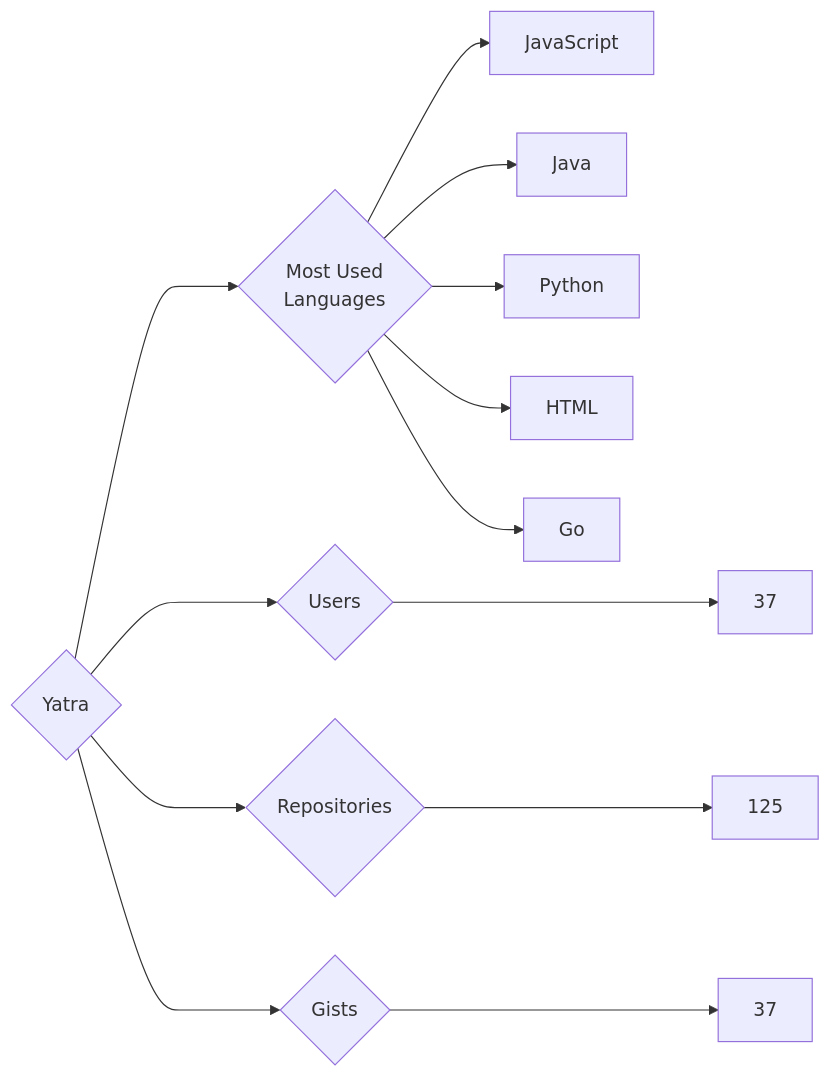
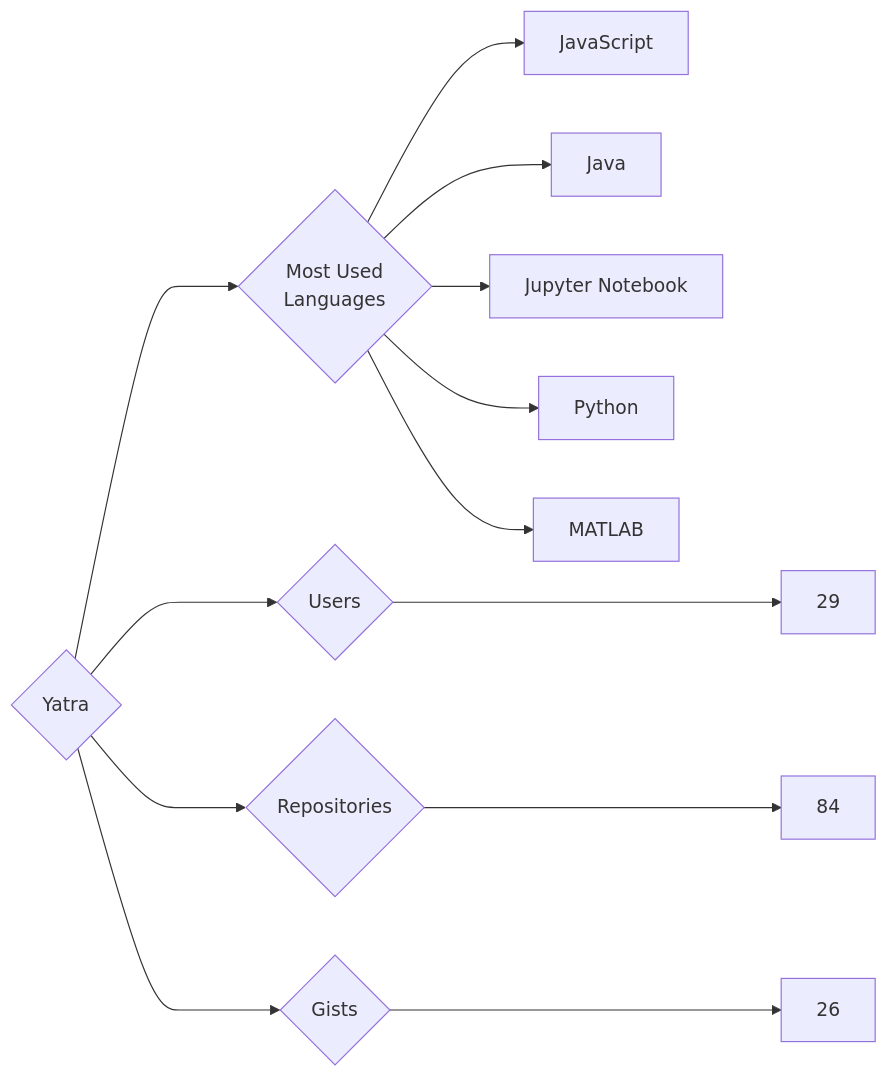
The diagram in targets/Yatra/README.md (trickest/insiders), drawn with Mermaid before and after one commit. The commit also changed 796 other files, not shown here.

````diff
--- a/targets/Yatra/README.md
+++ b/targets/Yatra/README.md
@@ -3,13 +3,13 @@
 ```mermaid
 graph LR
 COMPANY_NAME{Yatra}
-COMPANY_NAME ---> U{Users} ---> UN[37]
-COMPANY_NAME ---> R{Repositories} ---> RN[125]
-COMPANY_NAME ---> G{Gists} ---> GN[37]
+COMPANY_NAME ---> U{Users} ---> UN[29]
+COMPANY_NAME ---> R{Repositories} ---> RN[84]
+COMPANY_NAME ---> G{Gists} ---> GN[26]
 COMPANY_NAME ---> ML{Most Used<br>Languages}
 ML --> JavaScript[JavaScript]
 ML --> Java[Java]
+ML --> Jupyter_Notebook[Jupyter Notebook]
 ML --> Python[Python]
-ML --> HTML[HTML]
-ML --> Go[Go]
+ML --> MATLAB[MATLAB]
 ```
````
